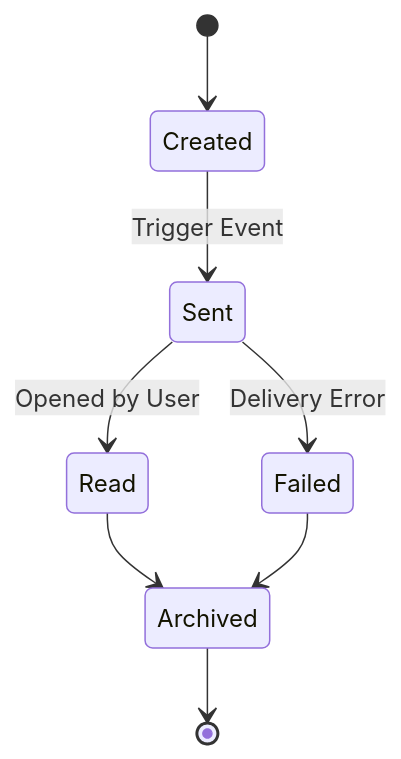
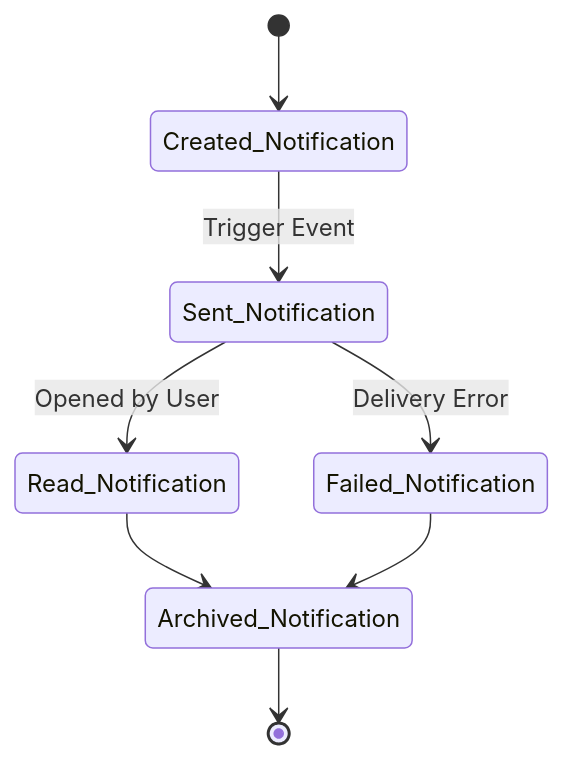
The fourth of 8 diagrams in State Transition Diagrams.md (glory-kasongo-03/Doctor_appointment_booking_system), drawn with Mermaid before and after one commit. The commit also changed other lines of this file, not shown here.

Commit message:
Updated State Transition Diagrams.md

````diff
--- a/State Transition Diagrams.md
+++ b/State Transition Diagrams.md
@@ -40,10 +41,11 @@
 ```mermaid
 stateDiagram-v2
-    [*] --> Created
-    Created --> Sent : Trigger Event
-    Sent --> Read : Opened by User
-    Sent --> Failed : Delivery Error
-    Read --> Archived
-    Failed --> Archived
-    Archived --> [*]
+    %% Initial state
+    [*] --> Created_Notification
+    Created_Notification --> Sent_Notification : Trigger Event
+    Sent_Notification --> Read_Notification : Opened by User
+    Sent_Notification --> Failed_Notification : Delivery Error
+    Read_Notification --> Archived_Notification
+    Failed_Notification --> Archived_Notification
+    Archived_Notification --> [*]
 ```
````
